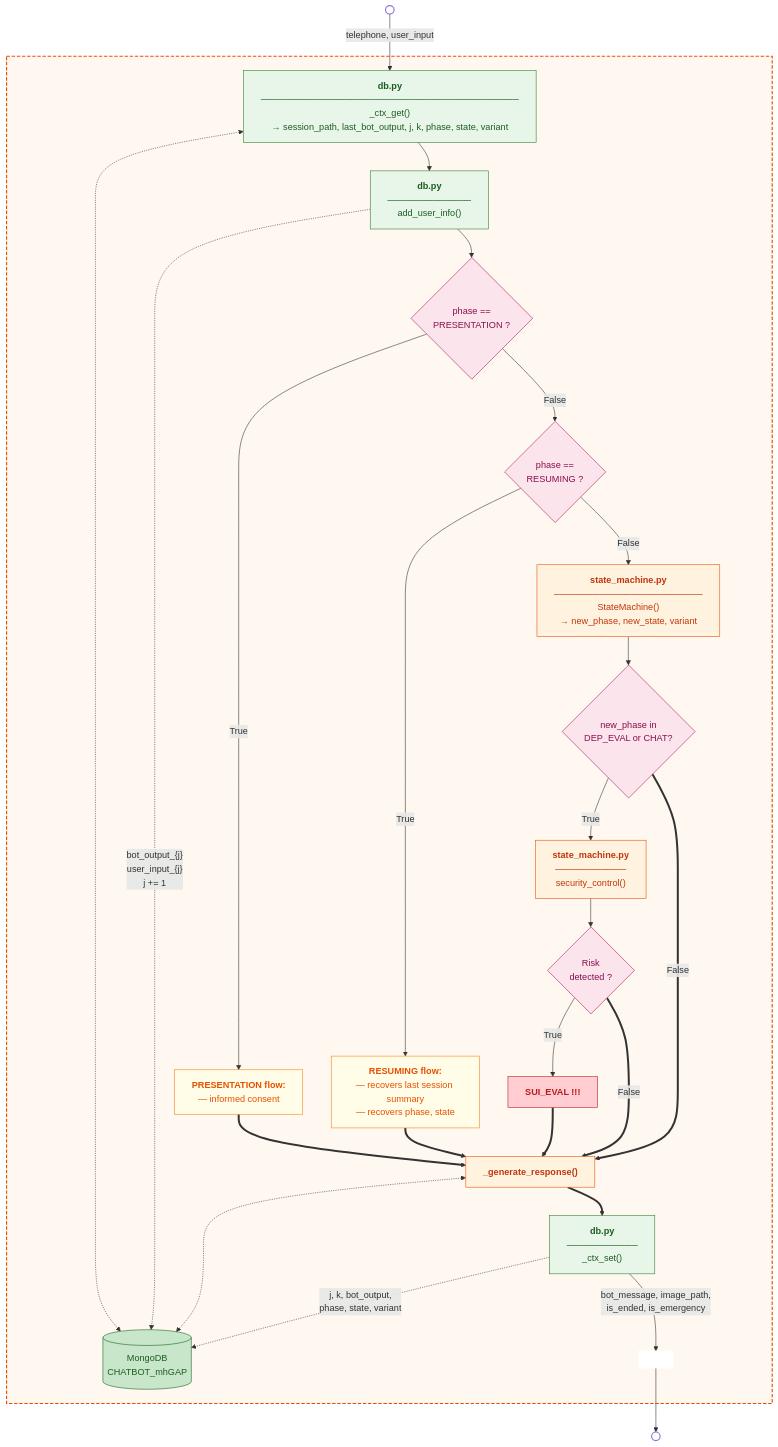
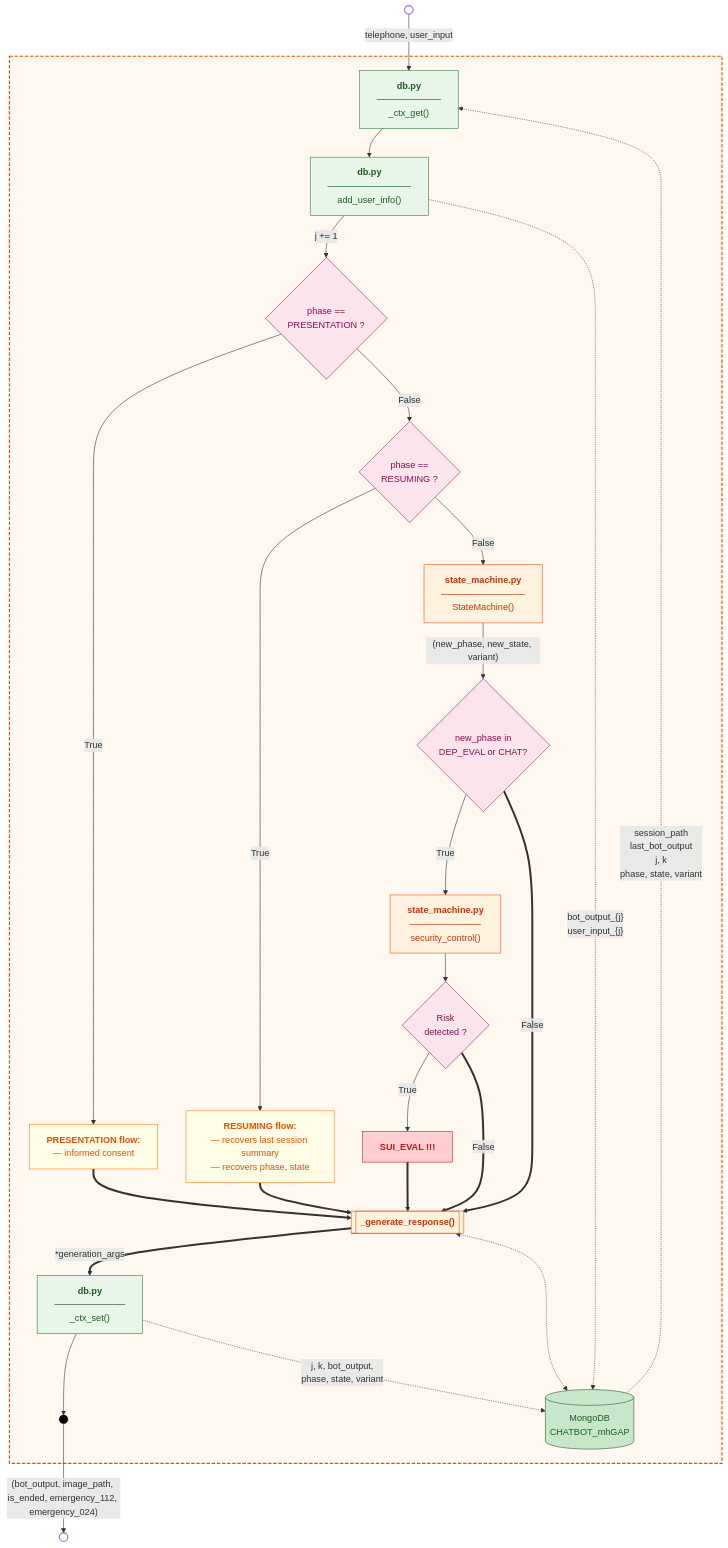
The diagram in diagrams/3_Orchestation.md (JordiiQueralto/AURORA_mhGAP-IG_v2.0), drawn with Mermaid before and after one commit. The commit also changed 4 other files, not shown here.

````diff
--- a/diagrams/3_Orchestation.md
+++ b/diagrams/3_Orchestation.md
@@ -1,76 +1,75 @@
 ```mermaid
 flowchart TD
 
     START(( )):::circle
     FINISH(( )):::circle
 
     START -->|"telephone, user_input"| CTX_GET
 
     subgraph PROCESS_MSG[" "]
 
-        CTX_GET["<b>db.py</b><br/>────────────────────────────────────────<br/>_ctx_get()<br/>→ session_path, last_bot_output, j, k, phase, state, variant"]:::dbmod
+        CTX_GET["<b>db.py</b><br/>──────────<br/>_ctx_get()"]:::dbmod
         HIST["<b>db.py</b><br/>─────────────<br/>add_user_info()"]:::dbmod
 
         D_PRES{phase ==<br/>PRESENTATION ?}:::decision
         D_RES{phase ==<br/>RESUMING ?}:::decision
 
         PRES["<b>PRESENTATION flow:</b><br/>— informed consent"]:::flowblock
 
         RES["<b>RESUMING flow:</b><br/>— recovers last session summary<br/>— recovers phase, state"]:::flowblock
 
-        FSM["<b>state_machine.py</b><br/>───────────────────────<br/>StateMachine()<br/>→ new_phase, new_state, variant"]:::module
+        FSM["<b>state_machine.py</b><br/>─────────────<br/>StateMachine()"]:::module
 
         SEC_GATE{new_phase in<br/>DEP_EVAL or CHAT?}:::decision
 
         SEC["<b>state_machine.py</b><br/>───────────<br/>security_control()"]:::module
 
         RISK{Risk<br/>detected ?}:::decision
 
         EMERGENCY["<b>SUI_EVAL !!!</b>"]:::emergency
 
-        GEN_RESP["<b>_generate_response()</b>"]:::module
+        GEN_RESP[["<b>_generate_response()</b>"]]:::module
 
         CTX_SET["<b>db.py</b><br/>───────────<br/>_ctx_set()"]:::dbmod
 
         MONGO[("MongoDB<br/>CHATBOT_mhGAP")]:::db
 
-        BOTTOM[ ]:::phantom
+        BOTTOM(( )):::junction
 
         CTX_GET --> HIST
-        HIST --> D_PRES
+        HIST -->|"j += 1"| D_PRES
 
         D_PRES -->|True| PRES ==> GEN_RESP
         D_PRES -->|False| D_RES
         D_RES  -->|True| RES  ==> GEN_RESP
-        D_RES  -->|False| FSM --> SEC_GATE
+        D_RES  -->|False| FSM
 
+        FSM -->|"(new_phase, new_state, variant)"| SEC_GATE
         SEC_GATE -->|True| SEC --> RISK
         RISK -->|True| EMERGENCY ==> GEN_RESP
         RISK ==>|False| GEN_RESP
         SEC_GATE ==>|False| GEN_RESP
 
-        GEN_RESP ==> CTX_SET
+        GEN_RESP ==>|"*generation_args"| CTX_SET
 
-        CTX_GET <-.-> MONGO
-        HIST -.->|"bot_output_{j}<br/>user_input_{j}<br/>j += 1"| MONGO
+        MONGO -.->|"session_path<br/>last_bot_output<br/>j, k<br/>phase, state, variant"| CTX_GET
+        HIST -.->|"bot_output_{j}<br/>user_input_{j}"| MONGO
+        CTX_SET --> BOTTOM
+        CTX_SET -.->|"j, k, bot_output,<br/>phase, state, variant"| MONGO
         GEN_RESP <-.-> MONGO
-        CTX_SET -.->|"j, k, bot_output,<br/>phase, state, variant"| MONGO
-
-        CTX_SET -->|"bot_message, image_path,<br/>is_ended, is_emergency"| BOTTOM
 
     end
 
-    BOTTOM --> FINISH
+    BOTTOM -->|"(bot_output, image_path, is_ended, emergency_112, emergency_024)"| FINISH
 
     classDef circle    fill:#ffffff,stroke:#9370db,stroke-width:2px,color:#ffffff
-    classDef phantom   fill:#ffffff,stroke:#ffffff,color:#ffffff
+    classDef junction  fill:#000000,stroke:#000000,color:#000000
     classDef module    fill:#fff3e0,stroke:#e65100,color:#bf360c
     classDef flowblock fill:#fffde7,stroke:#f57f17,color:#e65100
     classDef decision  fill:#fce4ec,stroke:#ad1457,color:#880e4f
     classDef dbmod     fill:#e8f5e9,stroke:#2e7d32,color:#1b5e20
     classDef db        fill:#c8e6c9,stroke:#1b5e20,color:#1b5e20
     classDef emergency fill:#ffcdd2,stroke:#b71c1c,color:#b71c1c
 
     style PROCESS_MSG fill:#fff8f0,stroke:#e65100,stroke-width:2px,stroke-dasharray: 6 3
-
 ```
````
